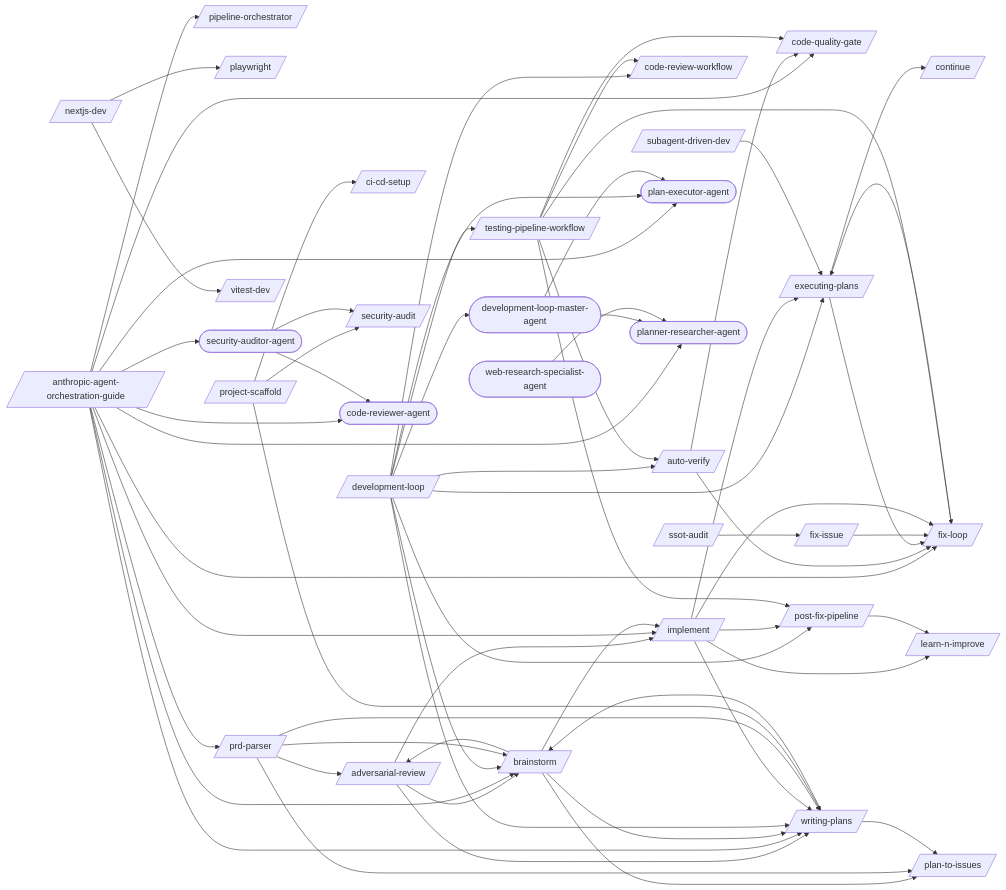
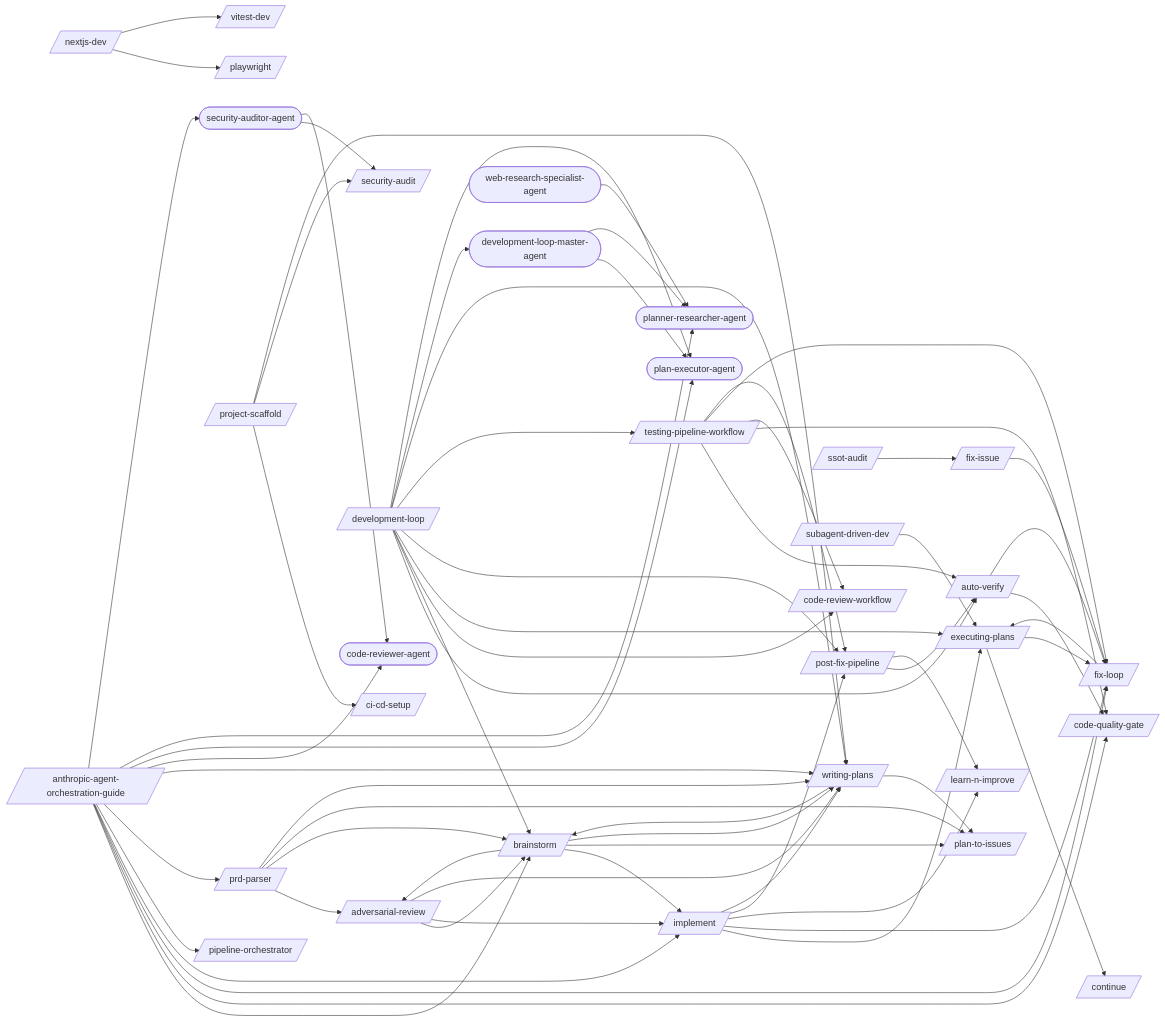
One commit to abhayla/claude-best-practices changed the first of 37 diagrams in docs/workflows/development-loop.md. Above: the diagram before and after it, drawn with Mermaid. The commit also changed other lines of this file and 12 other files, not shown here.

```diff
--- a/docs/workflows/development-loop.md
+++ b/docs/workflows/development-loop.md
@@ -81,6 +81,7 @@
     implement --> writing_plans
     nextjs_dev --> playwright
     nextjs_dev --> vitest_dev
+    post_fix_pipeline --> auto_verify
     post_fix_pipeline --> learn_n_improve
     prd_parser --> adversarial_review
     prd_parser --> brainstorm
```
